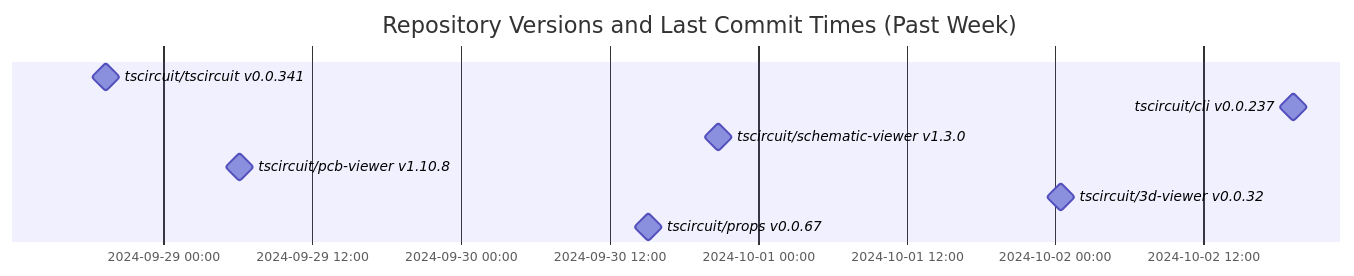
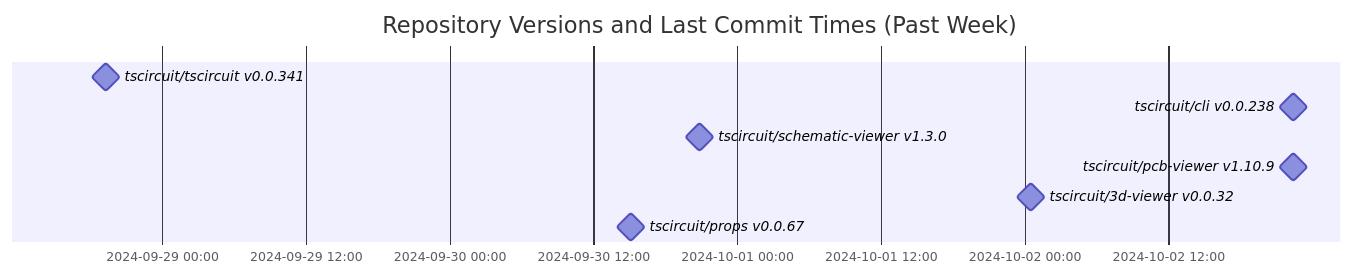
Before and after one commit to tscircuit/version-tracker: the diagram in README.md, drawn with Mermaid.

Commit message:
Update chart

````diff
--- a/README.md
+++ b/README.md
@@ -1,13 +1,13 @@
 ```mermaid
 gantt
   dateFormat  YYYY-MM-DD HH:mm:ss
   title Repository Versions and Last Commit Times (Past Week)
   axisFormat %Y-%m-%d %H:%M
 
   tscircuit/tscircuit v0.0.341 : milestone, 2024-09-28 19:18:49, 1s
-  tscircuit/cli v0.0.237 : milestone, 2024-10-02 19:15:25, 1s
+  tscircuit/cli v0.0.238 : milestone, 2024-10-02 22:24:43, 1s
   tscircuit/schematic-viewer v1.3.0 : milestone, 2024-09-30 20:50:04, 1s
-  tscircuit/pcb-viewer v1.10.8 : milestone, 2024-09-29 06:04:46, 1s
+  tscircuit/pcb-viewer v1.10.9 : milestone, 2024-10-02 22:24:48, 1s
   tscircuit/3d-viewer v0.0.32 : milestone, 2024-10-02 00:30:55, 1s
   tscircuit/props v0.0.67 : milestone, 2024-09-30 15:06:17, 1s
 ```
````
